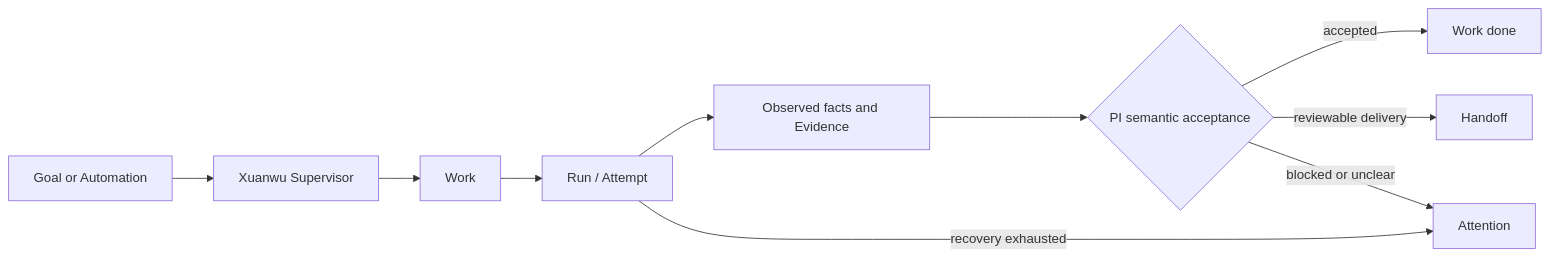
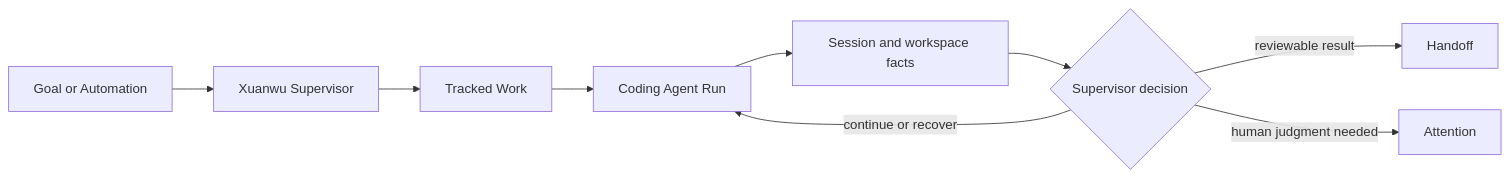
The diagram in README.md (williamnie/xuanwu), drawn with Mermaid before and after one commit. The commit also changed other lines of this file and 7 other files, not shown here.

Commit message:
docs(readme): 重写常驻运行定位与路线图

````diff
--- a/README.md
+++ b/README.md
@@ -32,12 +44,11 @@
 ```mermaid
 flowchart LR
   G["Goal or Automation"] --> S["Xuanwu Supervisor"]
-  S --> W["Work"]
-  W --> R["Run / Attempt"]
-  R --> E["Observed facts and Evidence"]
-  E --> V{"PI semantic acceptance"}
-  V -->|accepted| D["Work done"]
-  V -->|reviewable delivery| H["Handoff"]
-  V -->|blocked or unclear| A["Attention"]
-  R -->|recovery exhausted| A
+  S --> W["Tracked Work"]
+  W --> R["Coding Agent Run"]
+  R --> F["Session and workspace facts"]
+  F --> D{"Supervisor decision"}
+  D -->|continue or recover| R
+  D -->|reviewable result| H["Handoff"]
+  D -->|human judgment needed| A["Attention"]
 ```
````
